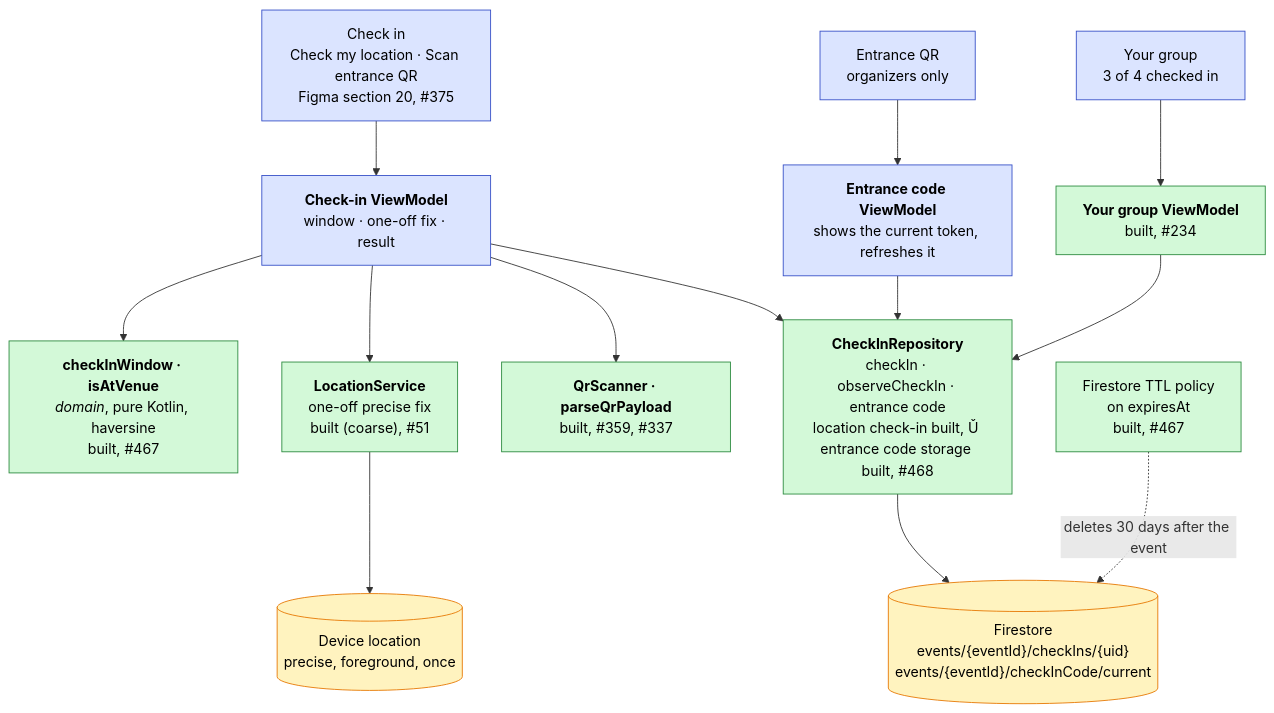
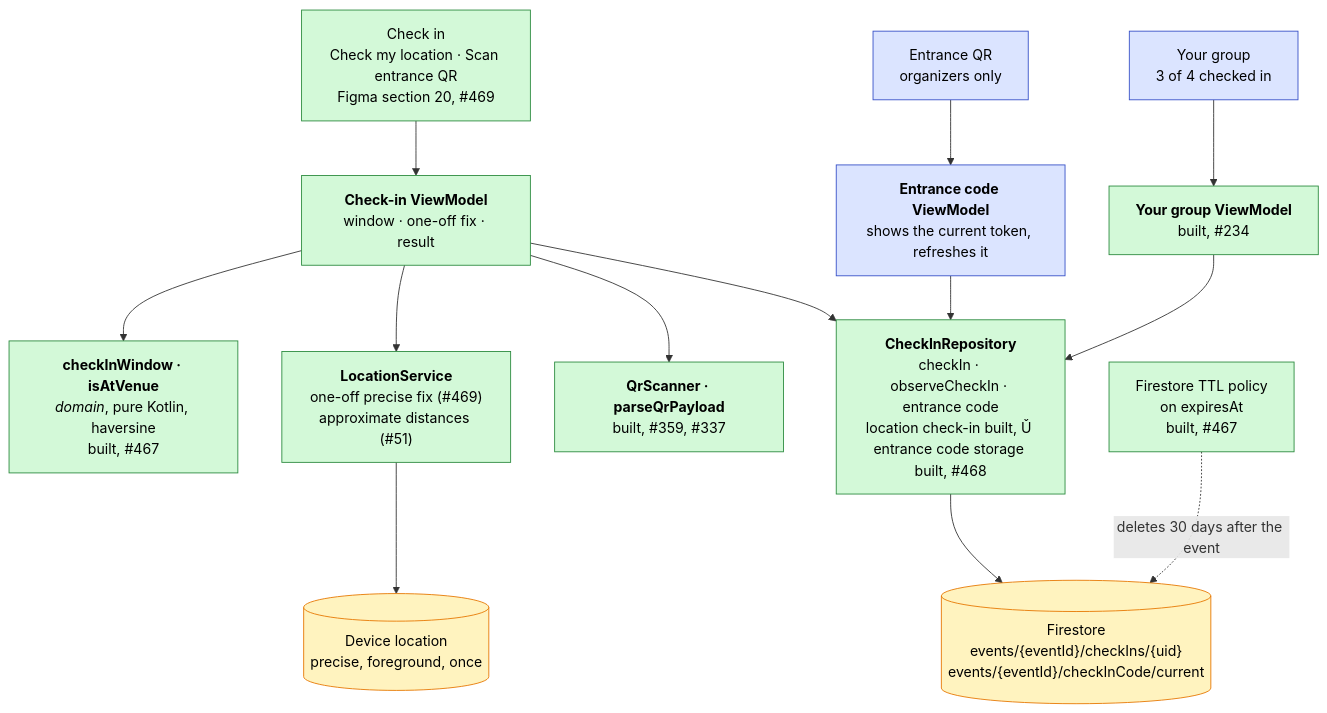
The tenth of 16 diagrams in docs/Architecture-Diagram.md (swent-polysocial/PolySocial), drawn with Mermaid before and after one commit. The commit also changed other lines of this file and 13 other files, not shown here.

````diff
--- a/docs/Architecture-Diagram.md
+++ b/docs/Architecture-Diagram.md
@@ -721,19 +722,19 @@
 ```mermaid
 flowchart TB
   classDef pb fill:#dbe4ff,stroke:#364fc7,color:#000
   classDef ext fill:#fff3bf,stroke:#e67700,color:#000
   classDef s1 fill:#d3f9d8,stroke:#2b8a3e,color:#000
 
-  checkUi["Check in<br/>Check my location · Scan entrance QR<br/>Figma section 20, #375"]:::pb --> checkVM["<b>Check-in ViewModel</b><br/>window · one-off fix · result"]:::pb
+  checkUi["Check in<br/>Check my location · Scan entrance QR<br/>Figma section 20, #469"]:::s1 --> checkVM["<b>Check-in ViewModel</b><br/>window · one-off fix · result"]:::s1
   codeUi["Entrance QR<br/>organizers only"]:::pb --> codeVM["<b>Entrance code ViewModel</b><br/>shows the current token, refreshes it"]:::pb
   groupUi["Your group<br/>3 of 4 checked in"]:::pb --> groupVM["<b>Your group ViewModel</b><br/>built, #234"]:::s1
   checkVM --> window["<b>checkInWindow · isAtVenue</b><br/><i>domain</i>, pure Kotlin, haversine<br/>built, #467"]:::s1
-  checkVM --> loc["<b>LocationService</b><br/>one-off precise fix<br/>built (coarse), #51"]:::s1
+  checkVM --> loc["<b>LocationService</b><br/>one-off precise fix (#469)<br/>approximate distances (#51)"]:::s1
   checkVM --> scan["<b>QrScanner · parseQrPayload</b><br/>built, #359, #337"]:::s1
   checkVM --> repo["<b>CheckInRepository</b><br/>checkIn · observeCheckIn · entrance code<br/>location check-in built, #467; entrance code storage built, #468"]:::s1
   codeVM --> repo
   groupVM --> repo
   repo --> fs[("Firestore<br/>events/{eventId}/checkIns/{uid}<br/>events/{eventId}/checkInCode/current")]:::ext
   loc --> gps[("Device location<br/>precise, foreground, once")]:::ext
   ttl["Firestore TTL policy<br/>on expiresAt<br/>built, #467"]:::s1 -. "deletes 30 days after the event" .-> fs
 ```
````
